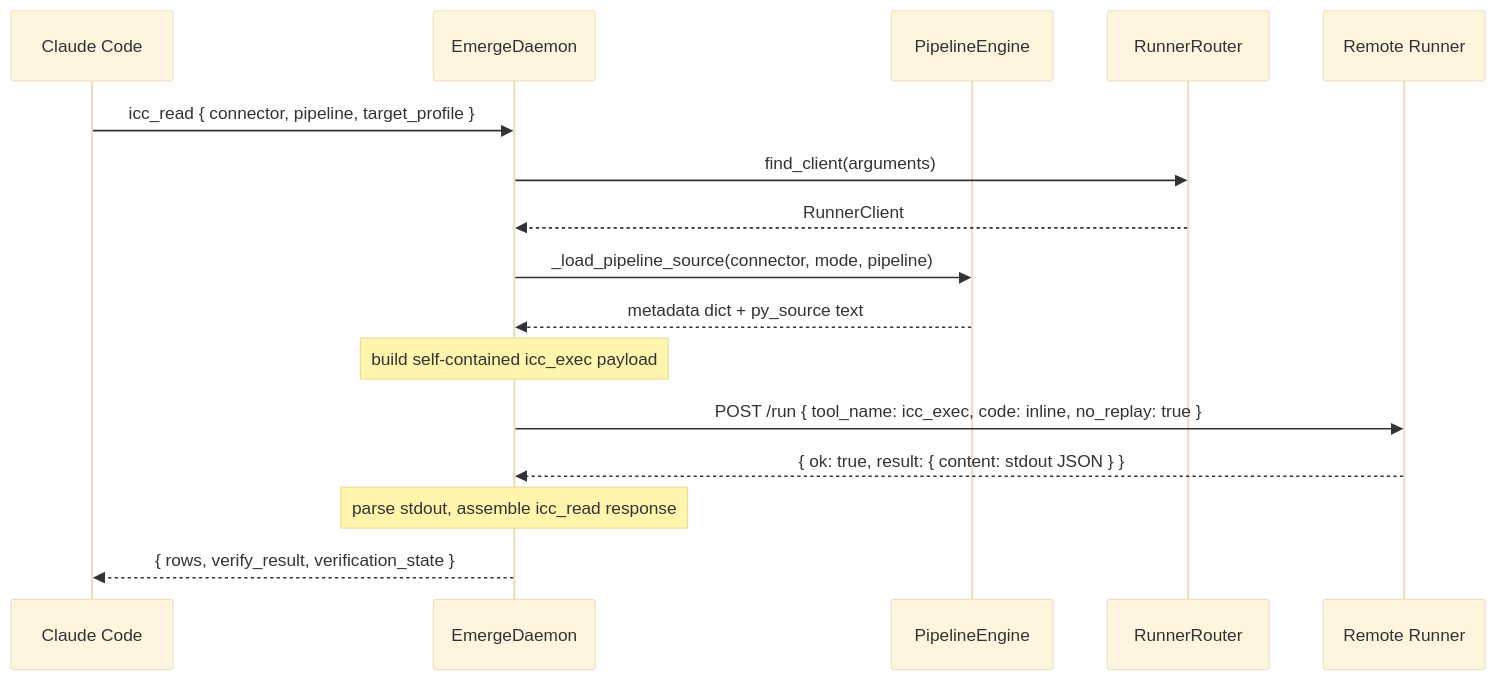
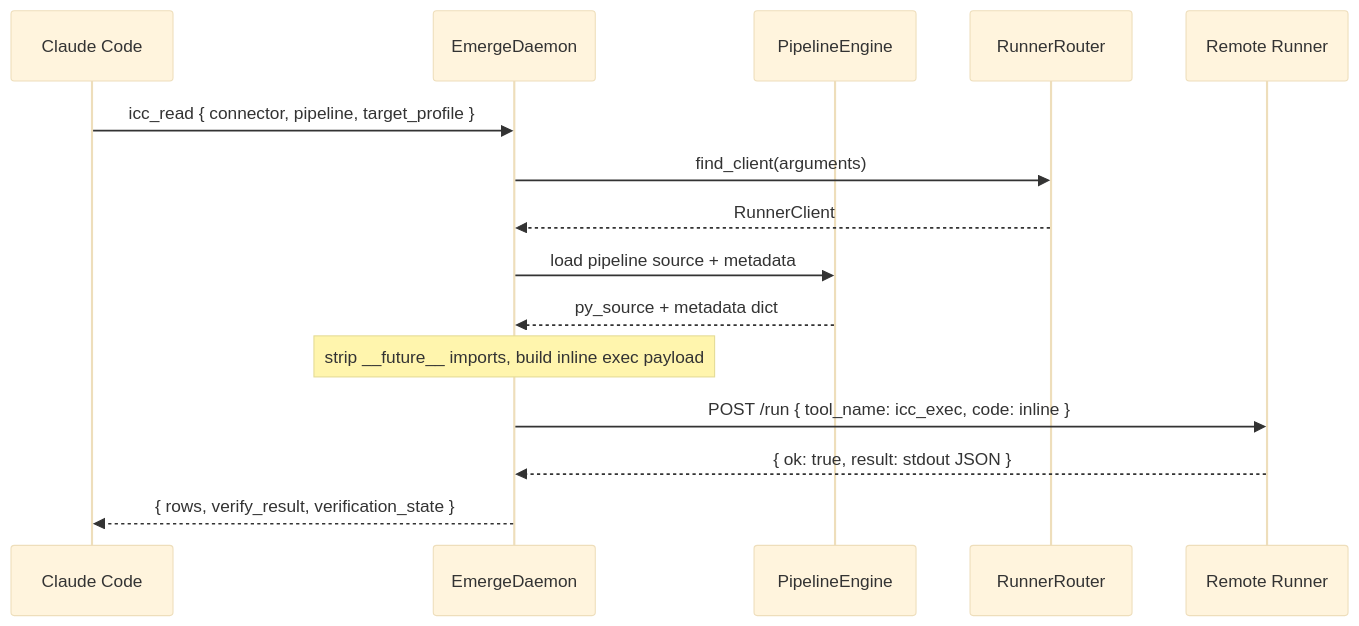
The third of 4 diagrams in README.md (jianzhichun/emerge), drawn with Mermaid (base theme) before and after one commit. The commit also changed other lines of this file, not shown here.

First line of the commit message:
docs: update README to reflect changes in pipeline execution and clarify terminology

````diff
--- a/README.md
+++ b/README.md
@@ -117,19 +126,18 @@
 ```mermaid
 sequenceDiagram
   participant CC as Claude Code
   participant D as EmergeDaemon
   participant PE as PipelineEngine
   participant RR as RunnerRouter
   participant R as Remote Runner
 
   CC->>D: icc_read { connector, pipeline, target_profile }
   D->>RR: find_client(arguments)
   RR-->>D: RunnerClient
-  D->>PE: _load_pipeline_source(connector, mode, pipeline)
-  PE-->>D: metadata dict + py_source text
-  Note over D: build self-contained icc_exec payload
-  D->>R: POST /run { tool_name: icc_exec, code: inline, no_replay: true }
-  R-->>D: { ok: true, result: { content: stdout JSON } }
-  Note over D: parse stdout, assemble icc_read response
+  D->>PE: load pipeline source + metadata
+  PE-->>D: py_source + metadata dict
+  Note over D: strip __future__ imports, build inline exec payload
+  D->>R: POST /run { tool_name: icc_exec, code: inline }
+  R-->>D: { ok: true, result: stdout JSON }
   D-->>CC: { rows, verify_result, verification_state }
 ```
````
